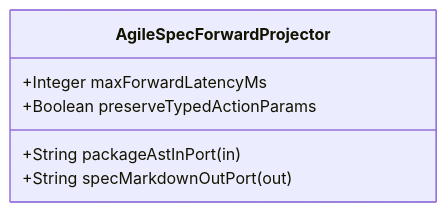
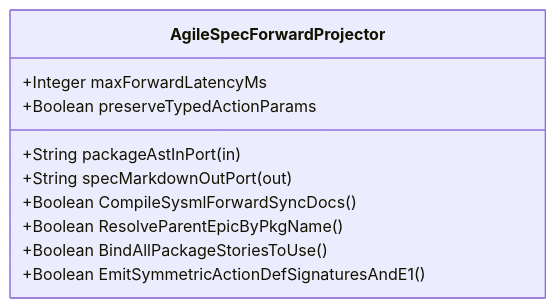
The diagram in .pipeline/upstream/docs/features/FEAT-16-AgileSpecForwardProjector.md (gintatkinson/DEAP01-spec-core), drawn with Mermaid before and after one commit. The commit also changed other lines of this file and 225 other files, not shown here.

````diff
--- a/.pipeline/upstream/docs/features/FEAT-16-AgileSpecForwardProjector.md
+++ b/.pipeline/upstream/docs/features/FEAT-16-AgileSpecForwardProjector.md
@@ -16,9 +16,13 @@
 ```mermaid
 classDiagram
     class AgileSpecForwardProjector {
         +String packageAstInPort (in)
         +String specMarkdownOutPort (out)
         +Integer maxForwardLatencyMs
         +Boolean preserveTypedActionParams
+        +Boolean CompileSysmlForwardSyncDocs()
+        +Boolean ResolveParentEpicByPkgName()
+        +Boolean BindAllPackageStoriesToUse()
+        +Boolean EmitSymmetricActionDefSignaturesAndE1()
     }
 ```
````
